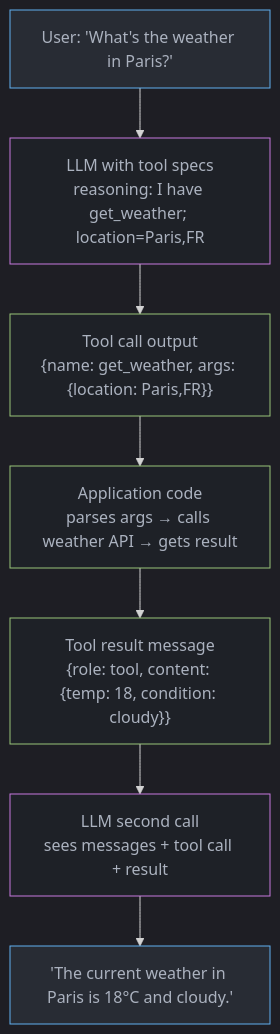
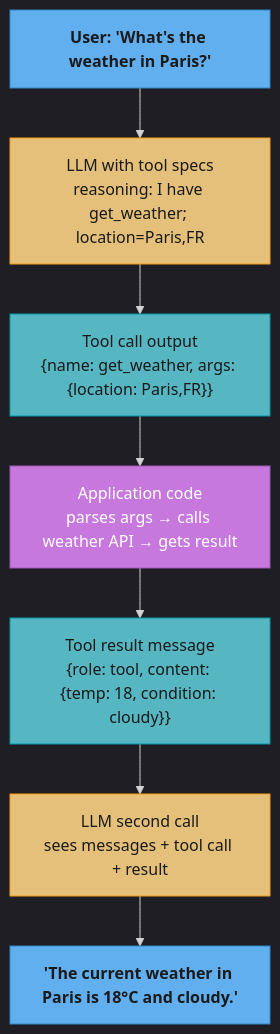
One commit to rppol/system-design changed the first of 3 diagrams in src/main/java/com/rutik/systemdesign/llm/agents_and_tool_use/function_calling_and_tool_design.md. Above: the diagram before and after it, drawn with Mermaid. The commit also changed other lines of this file and 88 other files, not shown here.

````diff
--- a/src/main/java/com/rutik/systemdesign/llm/agents_and_tool_use/function_calling_and_tool_design.md
+++ b/src/main/java/com/rutik/systemdesign/llm/agents_and_tool_use/function_calling_and_tool_design.md
@@ -265,21 +265,26 @@
 ```mermaid
 %%{init: {'flowchart': {'curve': 'basis'}, 'theme': 'dark'}}%%
 flowchart TD
-    classDef io   fill:#282c34,stroke:#61afef,color:#abb2bf
-    classDef llm  fill:#1e2127,stroke:#c678dd,color:#abb2bf
-    classDef proc fill:#1e2127,stroke:#98c379,color:#abb2bf
+    classDef io      fill:#61afef,stroke:#2e86c1,color:#1a1a1a,font-weight:bold
+    classDef frozen  fill:#c678dd,stroke:#9b59b6,color:#fff
+    classDef train   fill:#98c379,stroke:#27ae60,color:#1a1a1a
+    classDef mathOp  fill:#d19a66,stroke:#e67e22,color:#1a1a1a,font-weight:bold
+    classDef lossN   fill:#e06c75,stroke:#c0392b,color:#fff,font-weight:bold
+    classDef req     fill:#56b6c2,stroke:#0097a7,color:#1a1a1a
+    classDef base    fill:#e5c07b,stroke:#f39c12,color:#1a1a1a
 
     Q["User: 'What's the weather in Paris?'"]
     LLM1["LLM with tool specs\nreasoning: I have get_weather; location=Paris,FR"]
     CALL["Tool call output\n{name: get_weather, args: {location: Paris,FR}}"]
     APP["Application code\nparses args → calls weather API → gets result"]
     INJ["Tool result message\n{role: tool, content: {temp: 18, condition: cloudy}}"]
     LLM2["LLM second call\nsees messages + tool call + result"]
     RESP["'The current weather in Paris is 18°C and cloudy.'"]
 
     Q --> LLM1 --> CALL --> APP --> INJ --> LLM2 --> RESP
 
     class Q,RESP io
-    class LLM1,LLM2 llm
-    class CALL,APP,INJ proc
+    class LLM1,LLM2 base
+    class CALL,INJ req
+    class APP frozen
 ```
````
